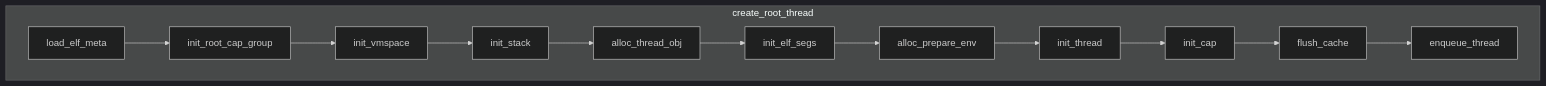
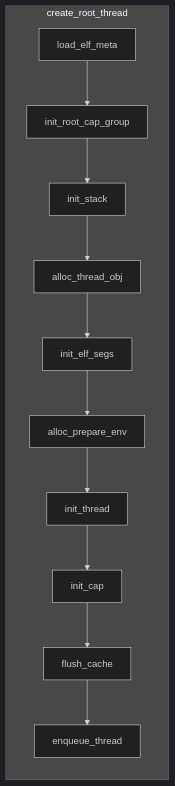
Before and after one commit to Bouncyyyy/bouncyyyy.github.io: the second of 3 diagrams in _posts/2025-09-29-chcore-lab3.md, drawn with Mermaid (dark theme). The commit also changed other lines of this file, not shown here.

````diff
--- a/_posts/2025-09-29-chcore-lab3.md
+++ b/_posts/2025-09-29-chcore-lab3.md
@@ -32,7 +44,7 @@
 ```mermaid
 graph LR
     subgraph create_root_thread
-    direction LR
-    load_elf_meta --> init_root_cap_group --> init_vmspace --> init_stack --> alloc_thread_obj --> init_elf_segs --> alloc_prepare_env --> init_thread --> init_cap --> flush_cache --> enqueue_thread
+    direction TB
+    load_elf_meta --> init_root_cap_group --> init_stack --> alloc_thread_obj --> init_elf_segs --> alloc_prepare_env --> init_thread --> init_cap --> flush_cache --> enqueue_thread
     end 
 ```
````
